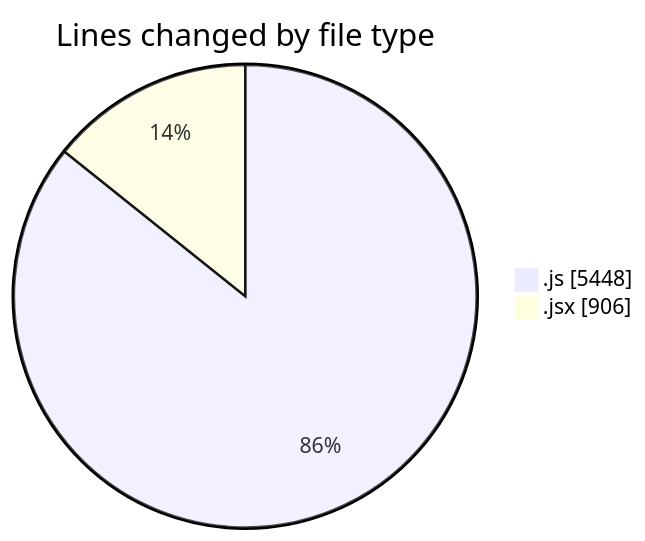
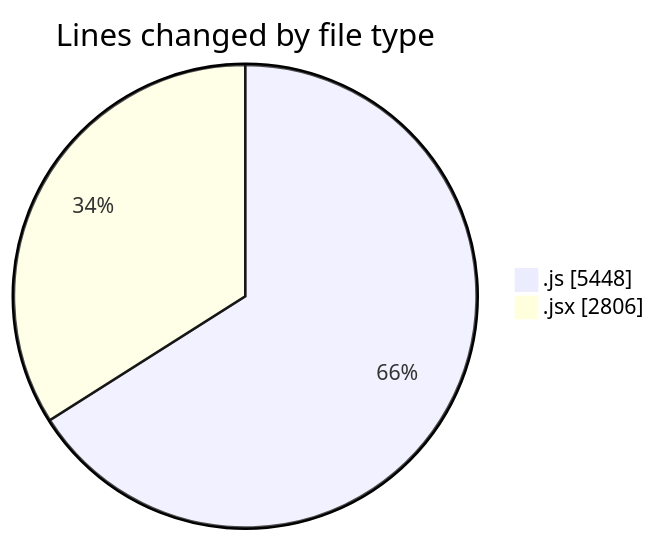
Before and after one commit to nxtqubesakshisongat/code-tracking: the first of 2 diagrams in 2025-09-26/nxtqube_webapp/README.md, drawn with Mermaid. The commit also changed other lines of this file and 1 other file, not shown here.

````diff
--- a/2025-09-26/nxtqube_webapp/README.md
+++ b/2025-09-26/nxtqube_webapp/README.md
@@ -22,6 +23,6 @@
 ```mermaid
 pie showData
 title Lines changed by file type
 ".js" : 5448
-".jsx" : 906
+".jsx" : 2806
 ```
````
